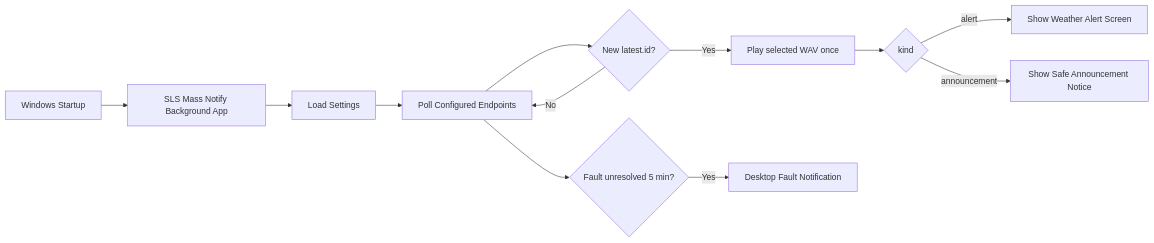
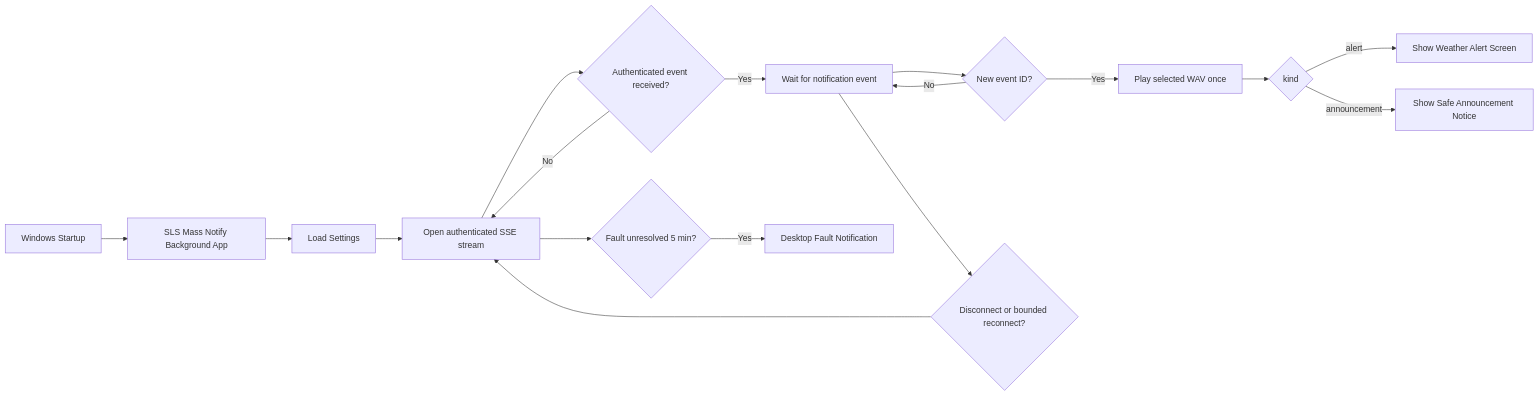
Before and after one commit to vipgabe09267/SouthlandServers_Mass_Notify_app: the diagram in README.md, drawn with Mermaid. The commit also changed other lines of this file and 4 other files, not shown here.

````diff
--- a/README.md
+++ b/README.md
@@ -115,14 +117,19 @@
 ```mermaid
 flowchart LR
     A[Windows Startup] --> B[SLS Mass Notify Background App]
     B --> C[Load Settings]
-    C --> D[Poll Configured Endpoints]
-    D --> E{New latest.id?}
+    C --> D[Open authenticated SSE stream]
+    D --> E{Authenticated event received?}
     E -- No --> D
-    E -- Yes --> F[Play selected WAV once]
-    F --> G{kind}
-    G -- alert --> H[Show Weather Alert Screen]
-    G -- announcement --> I[Show Safe Announcement Notice]
-    D --> J{Fault unresolved 5 min?}
-    J -- Yes --> K[Desktop Fault Notification]
+    E -- Yes --> F[Wait for notification event]
+    F --> G{New event ID?}
+    G -- No --> F
+    G -- Yes --> H[Play selected WAV once]
+    H --> I{kind}
+    I -- alert --> J[Show Weather Alert Screen]
+    I -- announcement --> K[Show Safe Announcement Notice]
+    F --> L{Disconnect or bounded reconnect?}
+    L --> D
+    D --> M{Fault unresolved 5 min?}
+    M -- Yes --> N[Desktop Fault Notification]
 ```
````
